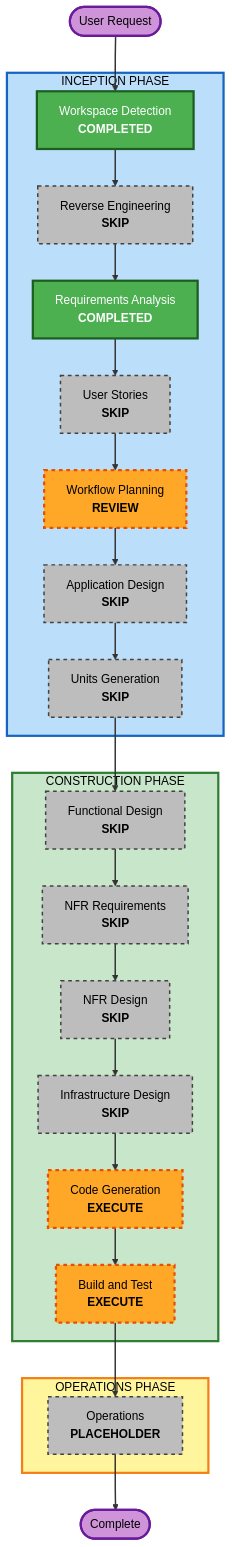
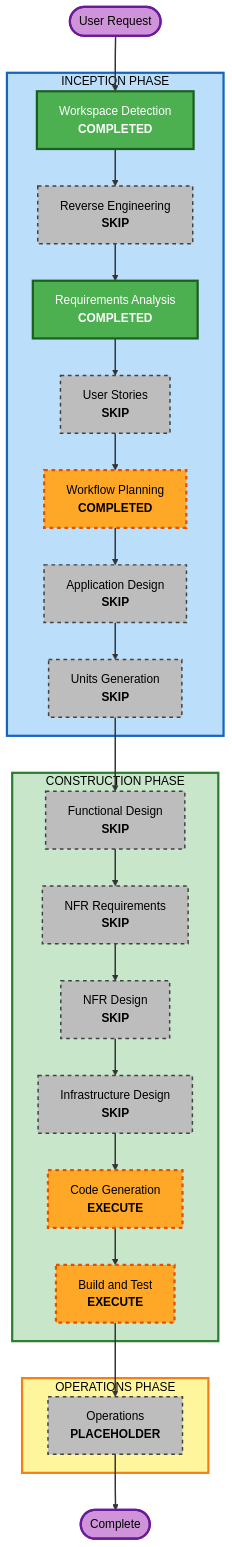
The diagram in aidlc-docs/inception/plans/execution-plan.md (ririumu/CueLint), drawn with Mermaid before and after one commit. The commit also changed other lines of this file and 4 other files, not shown here.

````diff
--- a/aidlc-docs/inception/plans/execution-plan.md
+++ b/aidlc-docs/inception/plans/execution-plan.md
@@ -24,64 +24,64 @@
 ```mermaid
 flowchart TD
     Start(["User Request"])
 
     subgraph INCEPTION["INCEPTION PHASE"]
         WD["Workspace Detection<br/><b>COMPLETED</b>"]
         RE["Reverse Engineering<br/><b>SKIP</b>"]
         RA["Requirements Analysis<br/><b>COMPLETED</b>"]
         US["User Stories<br/><b>SKIP</b>"]
-        WP["Workflow Planning<br/><b>REVIEW</b>"]
+        WP["Workflow Planning<br/><b>COMPLETED</b>"]
         AD["Application Design<br/><b>SKIP</b>"]
         UG["Units Generation<br/><b>SKIP</b>"]
     end
 
     subgraph CONSTRUCTION["CONSTRUCTION PHASE"]
         FD["Functional Design<br/><b>SKIP</b>"]
         NFRA["NFR Requirements<br/><b>SKIP</b>"]
         NFRD["NFR Design<br/><b>SKIP</b>"]
         ID["Infrastructure Design<br/><b>SKIP</b>"]
         CG["Code Generation<br/><b>EXECUTE</b>"]
         BT["Build and Test<br/><b>EXECUTE</b>"]
     end
 
     subgraph OPERATIONS["OPERATIONS PHASE"]
         OPS["Operations<br/><b>PLACEHOLDER</b>"]
     end
 
     Start --> WD
     WD --> RE
     RE --> RA
     RA --> US
     US --> WP
     WP --> AD
     AD --> UG
     UG --> FD
     FD --> NFRA
     NFRA --> NFRD
     NFRD --> ID
     ID --> CG
     CG --> BT
     BT --> OPS
     OPS --> End(["Complete"])
 
     style WD fill:#4CAF50,stroke:#1B5E20,stroke-width:3px,color:#fff
     style RA fill:#4CAF50,stroke:#1B5E20,stroke-width:3px,color:#fff
     style WP fill:#FFA726,stroke:#E65100,stroke-width:3px,stroke-dasharray: 5 5,color:#000
     style CG fill:#FFA726,stroke:#E65100,stroke-width:3px,stroke-dasharray: 5 5,color:#000
     style BT fill:#FFA726,stroke:#E65100,stroke-width:3px,stroke-dasharray: 5 5,color:#000
     style RE fill:#BDBDBD,stroke:#424242,stroke-width:2px,stroke-dasharray: 5 5,color:#000
     style US fill:#BDBDBD,stroke:#424242,stroke-width:2px,stroke-dasharray: 5 5,color:#000
     style AD fill:#BDBDBD,stroke:#424242,stroke-width:2px,stroke-dasharray: 5 5,color:#000
     style UG fill:#BDBDBD,stroke:#424242,stroke-width:2px,stroke-dasharray: 5 5,color:#000
     style FD fill:#BDBDBD,stroke:#424242,stroke-width:2px,stroke-dasharray: 5 5,color:#000
     style NFRA fill:#BDBDBD,stroke:#424242,stroke-width:2px,stroke-dasharray: 5 5,color:#000
     style NFRD fill:#BDBDBD,stroke:#424242,stroke-width:2px,stroke-dasharray: 5 5,color:#000
     style ID fill:#BDBDBD,stroke:#424242,stroke-width:2px,stroke-dasharray: 5 5,color:#000
     style OPS fill:#BDBDBD,stroke:#424242,stroke-width:2px,stroke-dasharray: 5 5,color:#000
     style Start fill:#CE93D8,stroke:#6A1B9A,stroke-width:3px,color:#000
     style End fill:#CE93D8,stroke:#6A1B9A,stroke-width:3px,color:#000
     style INCEPTION fill:#BBDEFB,stroke:#1565C0,stroke-width:3px,color:#000
     style CONSTRUCTION fill:#C8E6C9,stroke:#2E7D32,stroke-width:3px,color:#000
     style OPERATIONS fill:#FFF59D,stroke:#F57F17,stroke-width:3px,color:#000
     linkStyle default stroke:#333,stroke-width:2px
 ```
````
